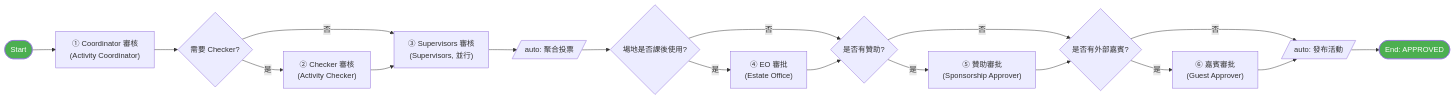
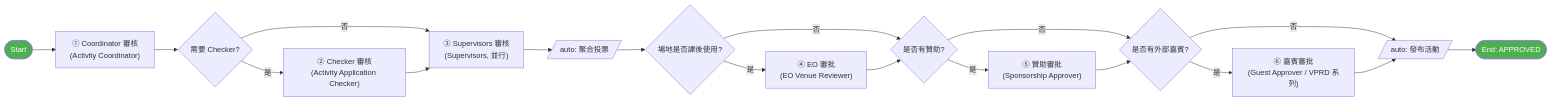
One commit to OneStar-Projects/SLAS-Docs changed the second of 3 diagrams in activity-publish-workflow-design.md. Above: the diagram before and after it, drawn with Mermaid. The commit also changed other lines of this file and 1 other file, not shown here.

````diff
--- a/activity-publish-workflow-design.md
+++ b/activity-publish-workflow-design.md
@@ -266,24 +268,24 @@
 ```mermaid
 flowchart LR
     Start(["Start"]) --> A["① Coordinator 審核<br/>(Activity Coordinator)"]
     A --> D{需要 Checker?}
-    D -->|"是"| E["② Checker 審核<br/>(Activity Checker)"]
+    D -->|"是"| E["② Checker 審核<br/>(Activity Application Checker)"]
     D -->|"否"| F
     E --> F["③ Supervisors 審核<br/>(Supervisors, 並行)"]
     F --> FA[/"auto: 聚合投票"/]
     FA --> B{場地是否課後使用?}
-    B -->|"是"| C["④ EO 審批<br/>(Estate Office)"]
+    B -->|"是"| C["④ EO 審批<br/>(EO Venue Reviewer)"]
     B -->|"否"| G
     C --> G{是否有贊助?}
     G -->|"是"| H["⑤ 贊助審批<br/>(Sponsorship Approver)"]
     G -->|"否"| I
     H --> I{是否有外部嘉賓?}
-    I -->|"是"| J["⑥ 嘉賓審批<br/>(Guest Approver)"]
+    I -->|"是"| J["⑥ 嘉賓審批<br/>(Guest Approver / VPRD 系列)"]
     I -->|"否"| Pub
     J --> Pub
     Pub[/"auto: 發布活動"/]
     Pub --> End(["End: APPROVED"])
 
     style Start fill:#4CAF50,color:#fff
     style End fill:#4CAF50,color:#fff
 ```
````
